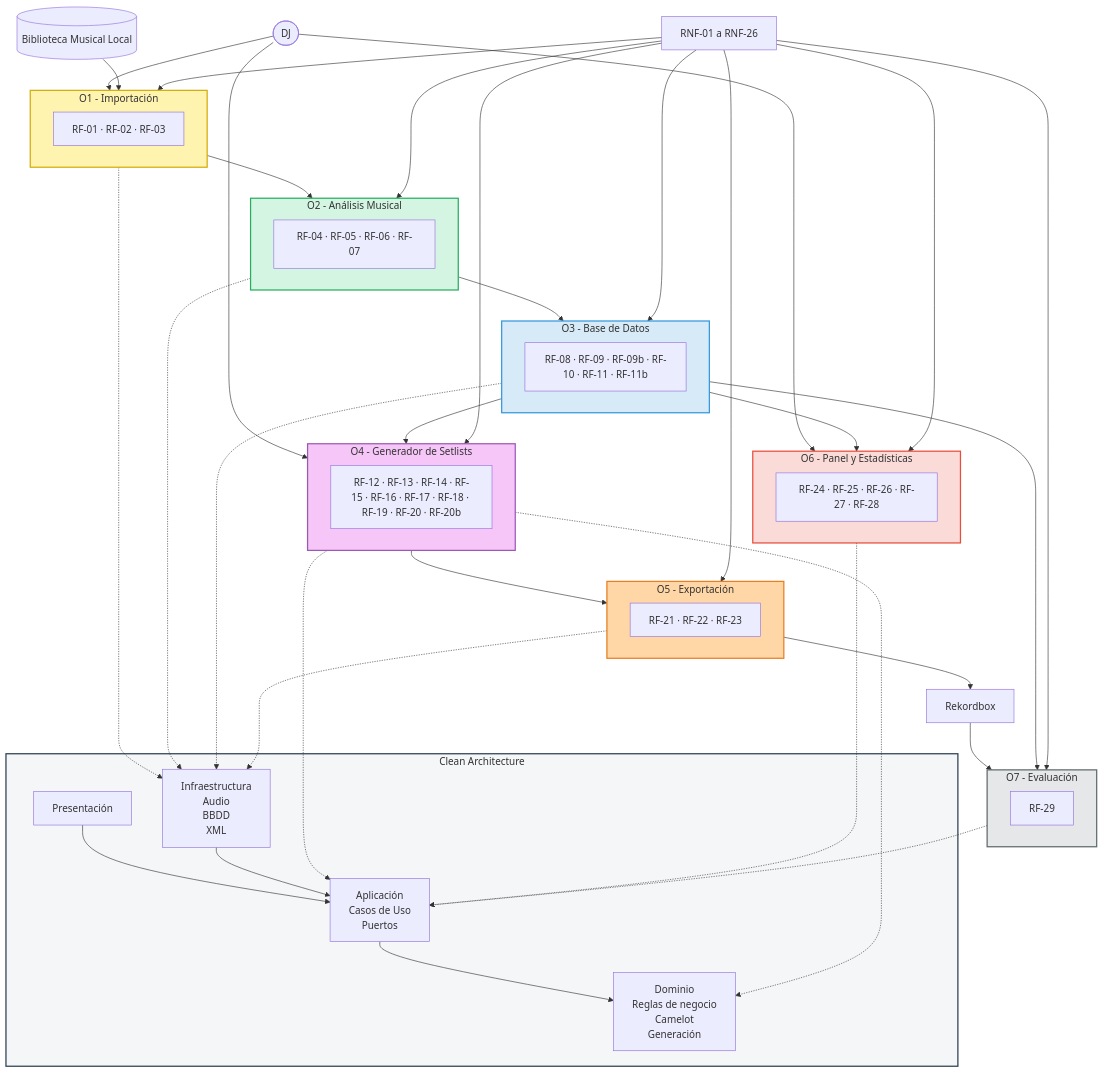
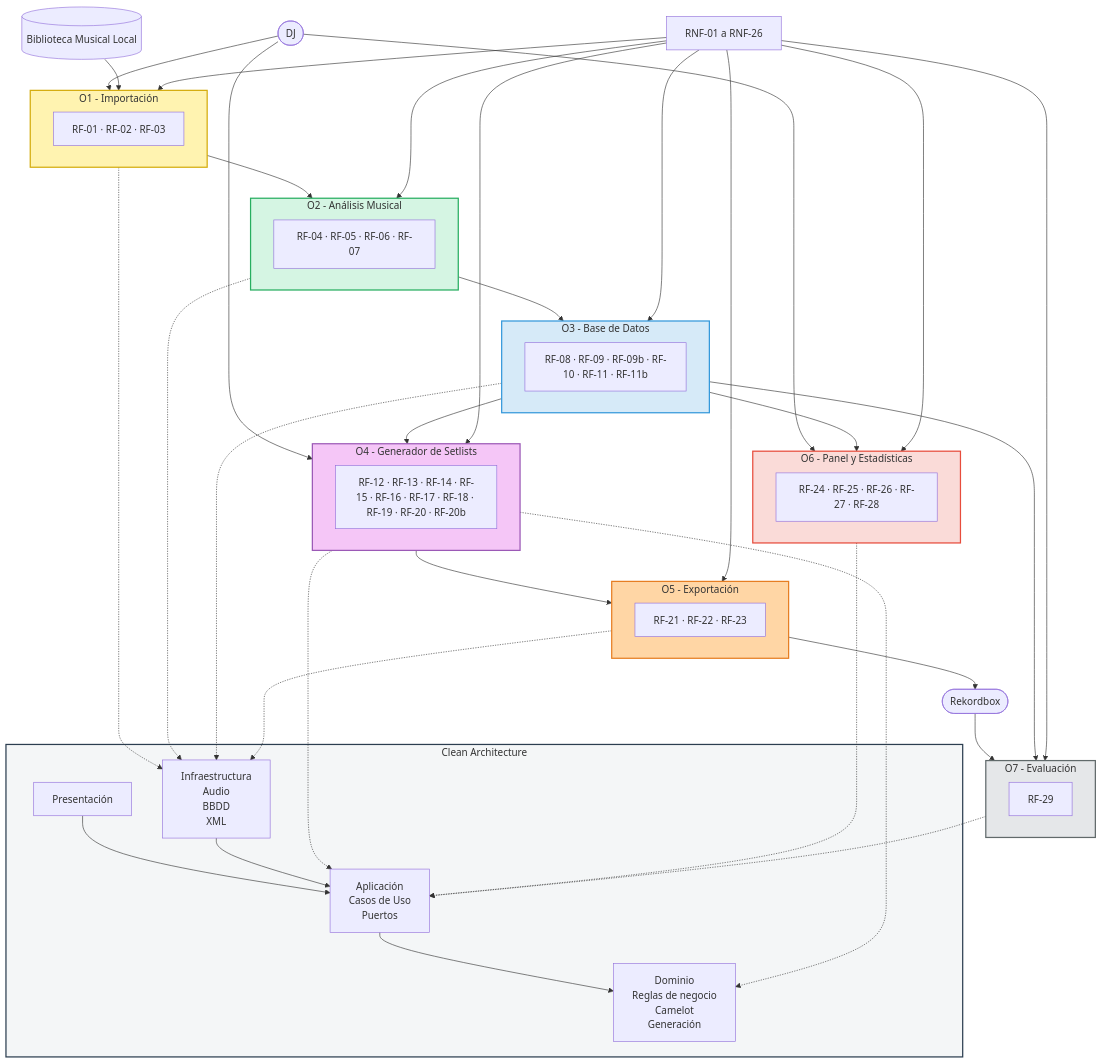
The diagram in docs/memory/Book/diagrams/Clean-Arquitecture.md (pabloo806/Trabajo-de-Fin-de-Grado), drawn with Mermaid before and after one commit.

Commit message:
Fix formatting for Rekordbox in Clean Architecture diagram

```diff
--- a/docs/memory/Book/diagrams/Clean-Arquitecture.md
+++ b/docs/memory/Book/diagrams/Clean-Arquitecture.md
@@ -4,7 +4,7 @@
     DJ([DJ])
 
     FS[(Biblioteca Musical Local)]
-    RB[Rekordbox]
+    RB([Rekordbox])
 
     subgraph O1["O1 - Importación"]
         RF1["RF-01 · RF-02 · RF-03"]
```
